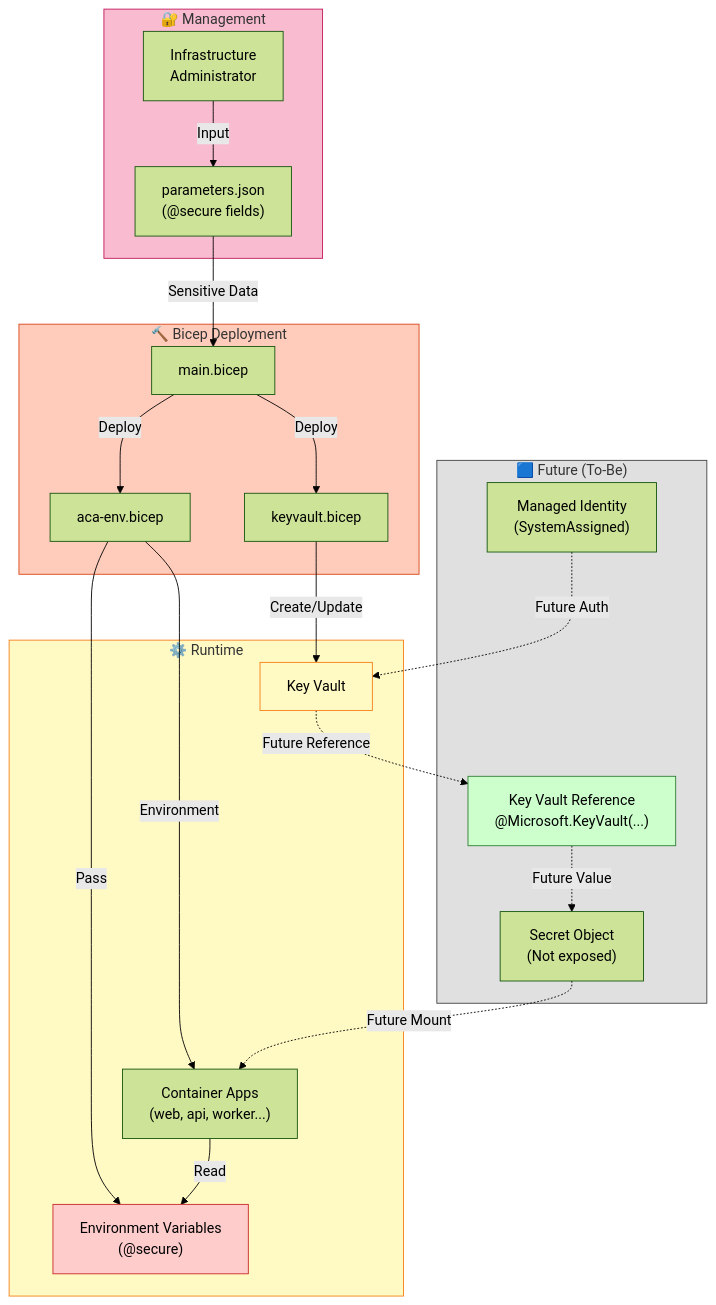
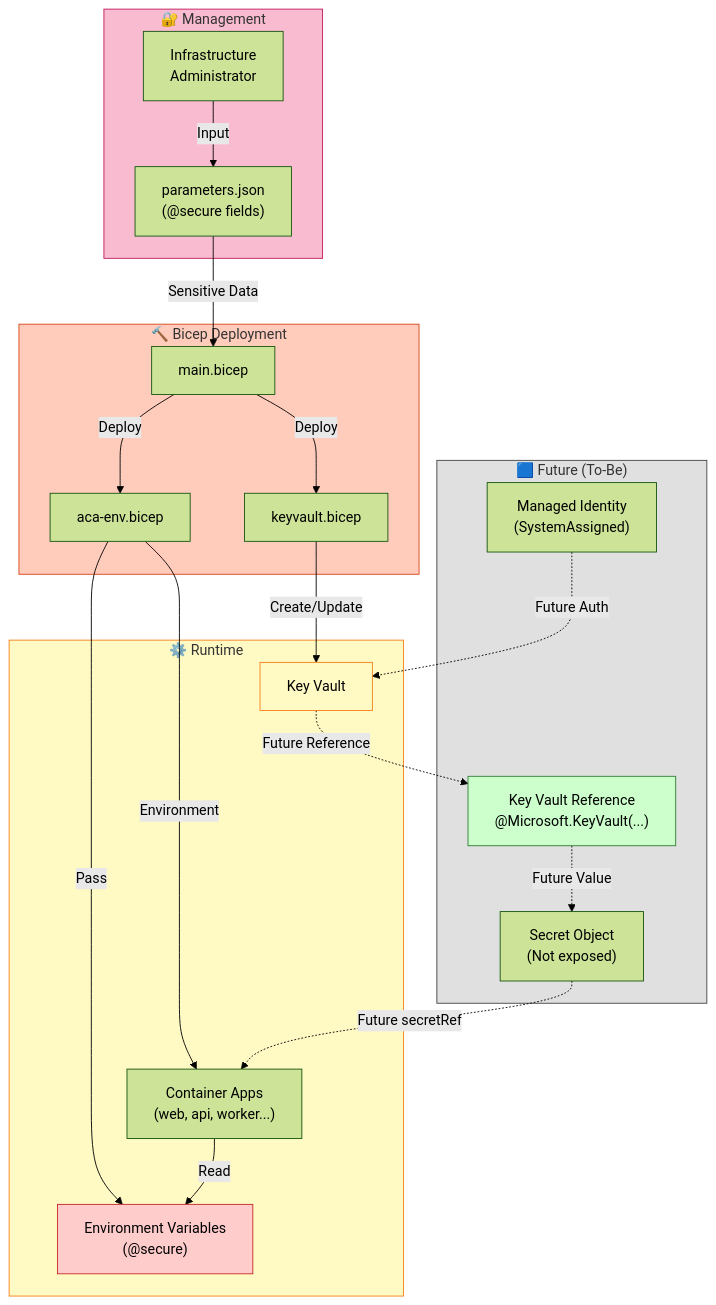
One commit to 75-8/dify-azure-bicep-insidecorp changed the eighth of 9 diagrams in docs/architecture.md. Above: the diagram before and after it, drawn with Mermaid (forest theme). The commit also changed other lines of this file and 7 other files, not shown here.

````diff
--- a/docs/architecture.md
+++ b/docs/architecture.md
@@ -375,48 +329,48 @@
 ```mermaid
 graph TB
     subgraph Mgmt["🔐 Management"]
         Admin["Infrastructure<br/>Administrator"]
         ParamFile["parameters.json<br/>(@secure fields)"]
     end
 
     subgraph Bicep["🔨 Bicep Deployment"]
         MainBicep["main.bicep"]
         KeyVaultModule["keyvault.bicep"]
         ACAModule["aca-env.bicep"]
     end
 
     subgraph Runtime["⚙️ Runtime"]
         KV["Key Vault"]
         ContainerApps["Container Apps<br/>(web, api, worker...)"]
         EnvVars["Environment Variables<br/>(@secure)"]
     end
 
     subgraph Future["🟦 Future (To-Be)"]
         MI["Managed Identity<br/>(SystemAssigned)"]
         KVRef["Key Vault Reference<br/>@Microsoft.KeyVault(...)"]
         SecretObj["Secret Object<br/>(Not exposed)"]
     end
 
     Admin -->|Input| ParamFile
     ParamFile -->|Sensitive Data| MainBicep
     MainBicep -->|Deploy| KeyVaultModule
     KeyVaultModule -->|Create/Update| KV
     MainBicep -->|Deploy| ACAModule
     ACAModule -->|Environment| ContainerApps
     ACAModule -->|Pass| EnvVars
 
     ContainerApps -->|Read| EnvVars
 
     MI -.->|Future Auth| KV
     KV -.->|Future Reference| KVRef
     KVRef -.->|Future Value| SecretObj
-    SecretObj -.->|Future Mount| ContainerApps
+    SecretObj -.->|Future secretRef| ContainerApps
 
     style Mgmt fill:#f8bbd0,stroke:#c2185b
     style Bicep fill:#ffccbc,stroke:#d84315
     style Runtime fill:#fff9c4,stroke:#f57f17
     style Future fill:#e0e0e0,stroke:#424242
     style KV fill:#fff9c4,stroke:#f57f17
     style EnvVars fill:#ffcccc,stroke:#c62828
     style KVRef fill:#ccffcc,stroke:#2e7d32
 ```
````
